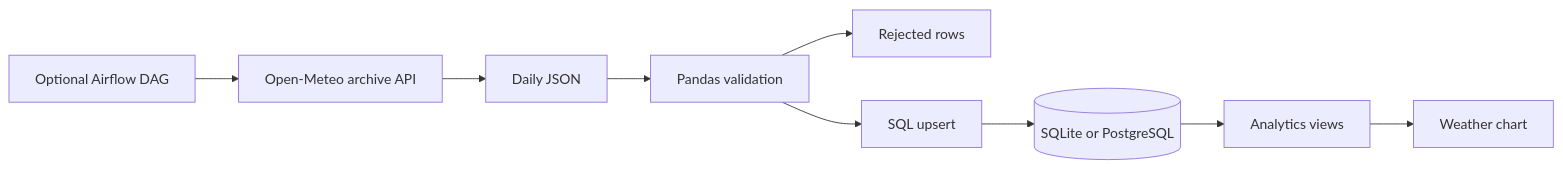
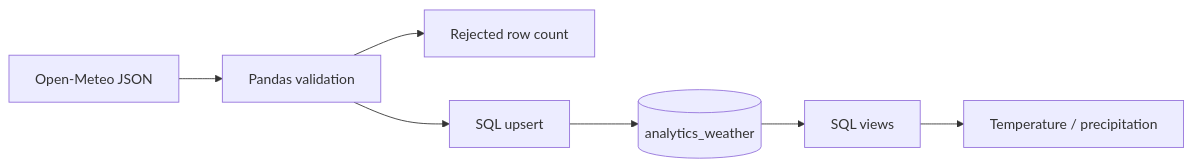
The diagram in README.md (faizansahi/smart-data-engineering-pipeline), drawn with Mermaid before and after one commit. The commit also changed other lines of this file and 15 other files, not shown here.

````diff
--- a/README.md
+++ b/README.md
@@ -32,11 +23,9 @@
-```mermaid
+~~~mermaid
 flowchart LR
-  API[Open-Meteo archive API] --> Raw[Daily JSON]
-  Raw --> Validate[Pandas validation]
-  Validate --> Rejected[Rejected rows]
+  Source[Open-Meteo JSON] --> Validate[Pandas validation]
+  Validate --> Rejected[Rejected row count]
   Validate --> Load[SQL upsert]
-  Load --> DB[(SQLite or PostgreSQL)]
-  DB --> Views[Analytics views]
-  Views --> Chart[Weather chart]
-  Airflow[Optional Airflow DAG] --> API
-```
+  Load --> DB[(analytics_weather)]
+  DB --> Views[SQL views]
+  Views --> Chart[Temperature / precipitation]
+~~~
````
